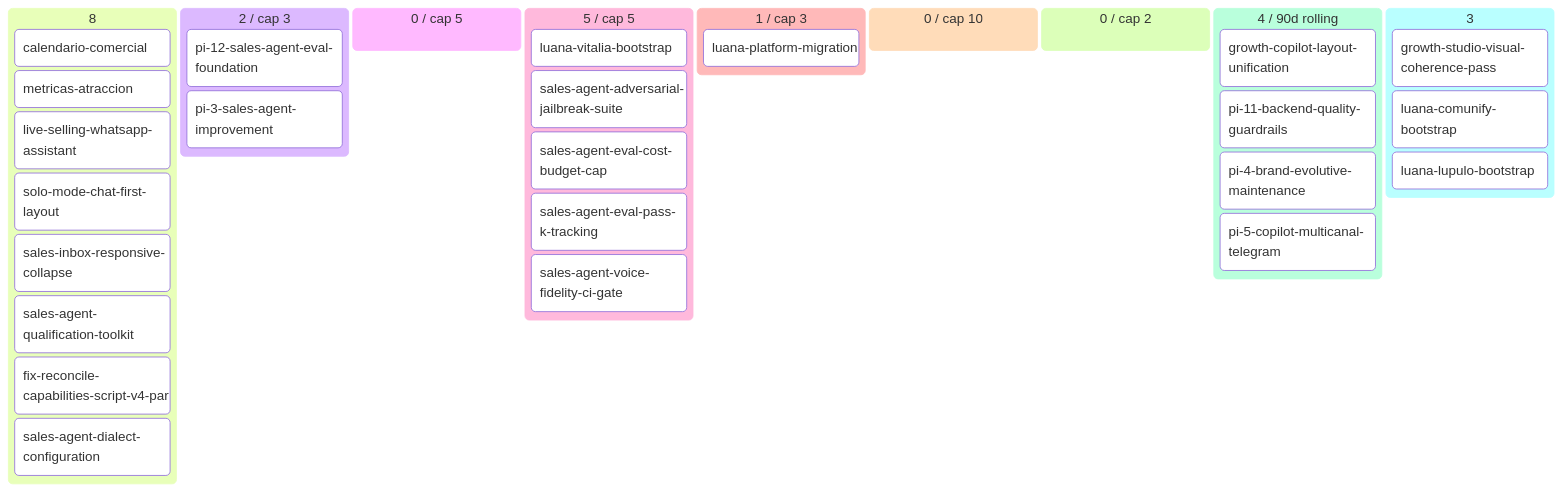
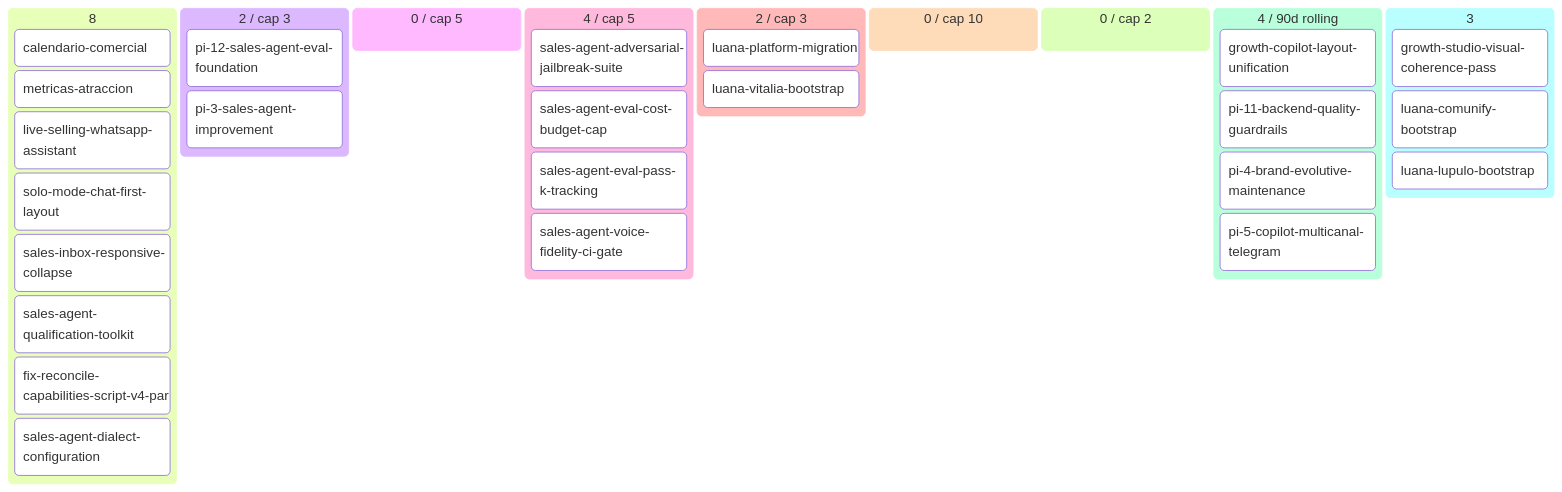
One commit to alpacapurpura/ap_sales_agent changed the diagram in docs/product/BACKLOG.md. Above: the diagram before and after it, drawn with Mermaid. The commit also changed other lines of this file and 3 other files, not shown here.

````diff
--- a/docs/product/BACKLOG.md
+++ b/docs/product/BACKLOG.md
@@ -61,35 +61,35 @@
 ```mermaid
 kanban
   💡 Ideas (8)
     calendario-comercial[calendario-comercial]
     metricas-atraccion[metricas-atraccion]
     live-selling-whatsapp-assistan[live-selling-whatsapp-assistant]
     solo-mode-chat-first-layout[solo-mode-chat-first-layout]
     sales-inbox-responsive-collaps[sales-inbox-responsive-collapse]
     sales-agent-qualification-tool[sales-agent-qualification-toolkit]
     fix-reconcile-capabilities-scr[fix-reconcile-capabilities-script-v4-par]
     sales-agent-dialect-configurat[sales-agent-dialect-configuration]
   🔬 Refining (2 / cap 3)
     pi-12-sales-agent-eval-foundat[pi-12-sales-agent-eval-foundation]
     pi-3-sales-agent-improvement[pi-3-sales-agent-improvement]
   ✅ Refined (0 / cap 5)
-  📦 Ready (5 / cap 5)
-    luana-vitalia-bootstrap[luana-vitalia-bootstrap]
+  📦 Ready (4 / cap 5)
     sales-agent-adversarial-jailbr[sales-agent-adversarial-jailbreak-suite]
     sales-agent-eval-cost-budget-c[sales-agent-eval-cost-budget-cap]
     sales-agent-eval-pass-k-tracki[sales-agent-eval-pass-k-tracking]
     sales-agent-voice-fidelity-ci-[sales-agent-voice-fidelity-ci-gate]
-  🔨 Developing (1 / cap 3)
+  🔨 Developing (2 / cap 3)
     luana-platform-migration[luana-platform-migration]
+    luana-vitalia-bootstrap[luana-vitalia-bootstrap]
   🧪 Developed (0 / cap 10)
   🔍 Reviewing (0 / cap 2)
   ✅ Done (4 / 90d rolling)
     growth-copilot-layout-unificat[growth-copilot-layout-unification]
     pi-11-backend-quality-guardrai[pi-11-backend-quality-guardrails]
     pi-4-brand-evolutive-maintenan[pi-4-brand-evolutive-maintenance]
     pi-5-copilot-multicanal-telegr[pi-5-copilot-multicanal-telegram]
   🅿 Parked (3)
     growth-studio-visual-coherence[growth-studio-visual-coherence-pass]
     luana-comunify-bootstrap[luana-comunify-bootstrap]
     luana-lupulo-bootstrap[luana-lupulo-bootstrap]
 ```
````
